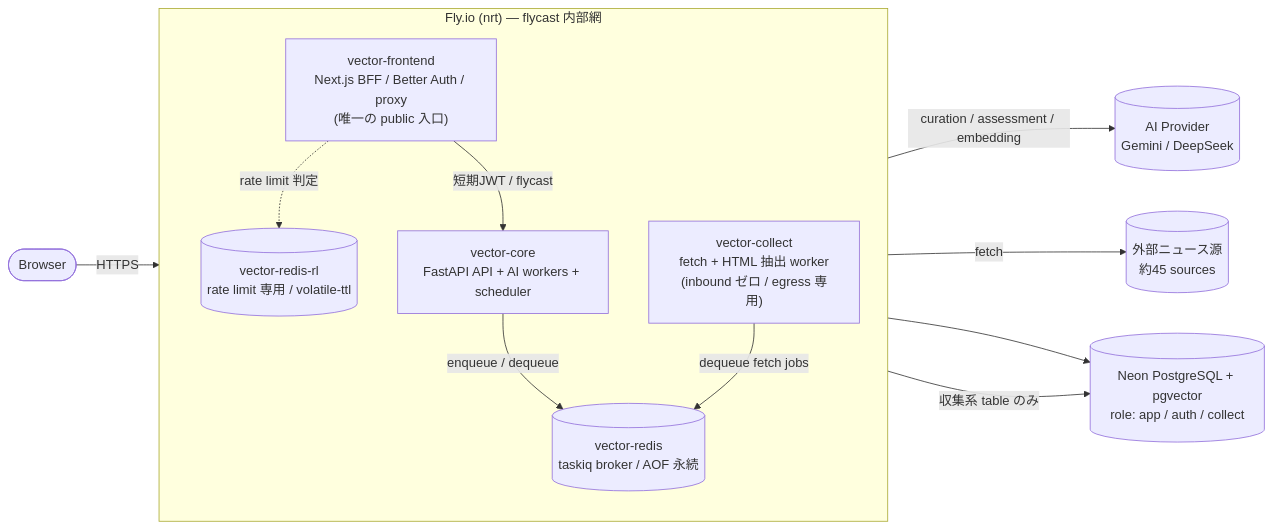
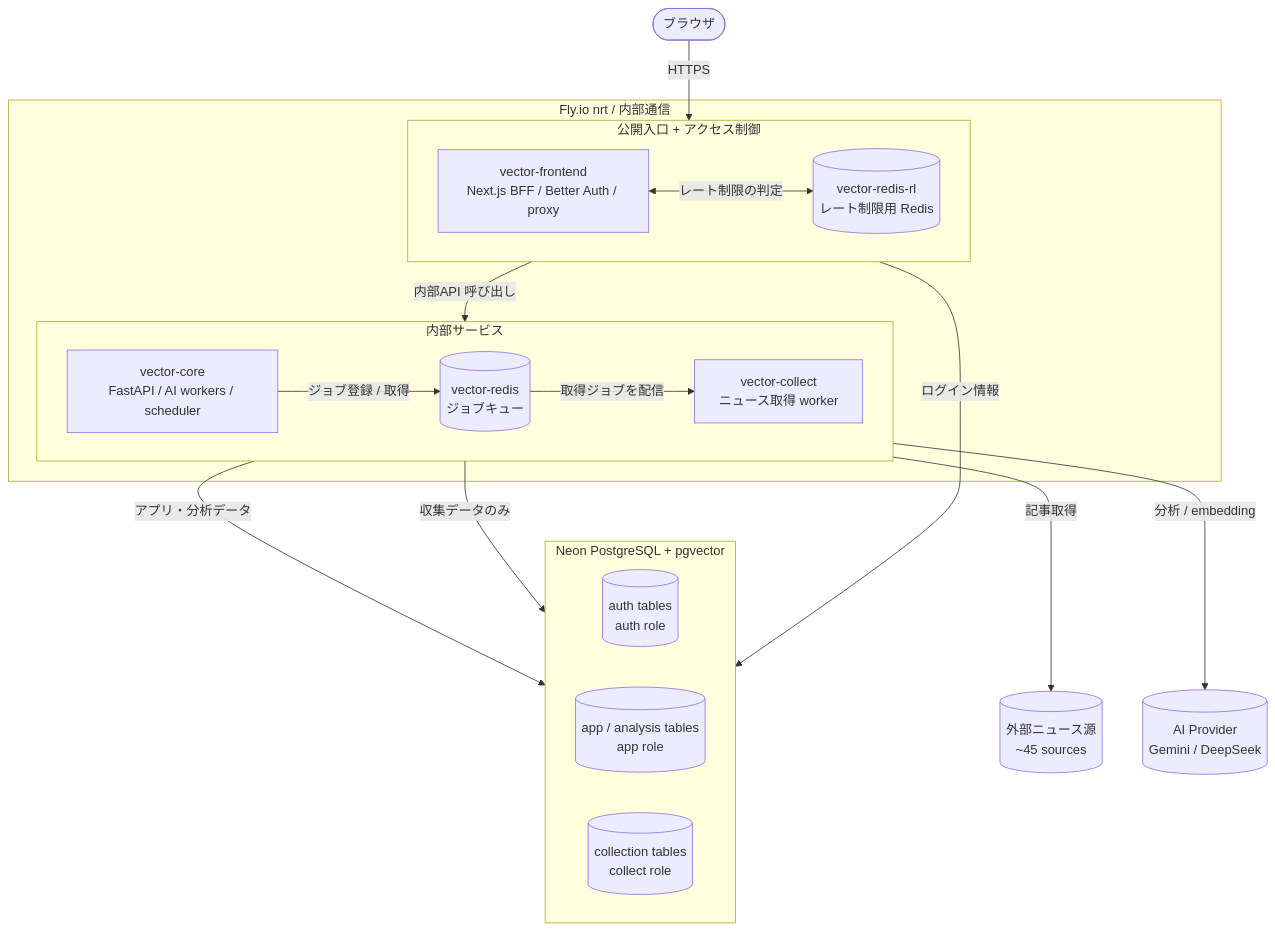
One commit to yook11/Vector changed the diagram in docs/architecture.md. Above: the diagram before and after it, drawn with Mermaid. The commit also changed other lines of this file and 35 other files, not shown here.

````diff
--- a/docs/architecture.md
+++ b/docs/architecture.md
@@ -38,27 +52,41 @@
 ```mermaid
-flowchart LR
-    Browser([Browser])
+flowchart TB
+    Browser([ブラウザ])
 
-    subgraph Fly["Fly.io (nrt) — flycast 内部網"]
-        direction TB
-        FE["vector-frontend<br/>Next.js BFF / Better Auth / proxy<br/>(唯一の public 入口)"]
-        RL[("vector-redis-rl<br/>rate limit 専用 / volatile-ttl")]
-        CORE["vector-core<br/>FastAPI API + AI workers + scheduler"]
-        BROKER[("vector-redis<br/>taskiq broker / AOF 永続")]
-        COLLECT["vector-collect<br/>fetch + HTML 抽出 worker<br/>(inbound ゼロ / egress 専用)"]
+    subgraph Fly["Fly.io nrt / 内部通信"]
+        subgraph Edge["公開入口 + アクセス制御"]
+            direction LR
+            FE["vector-frontend<br/>Next.js BFF / Better Auth / proxy"]
+            RL[("vector-redis-rl<br/>レート制限用 Redis")]
+            FE <-->|レート制限の判定| RL
+        end
+        subgraph Internal["内部サービス"]
+            direction LR
+            CORE["vector-core<br/>FastAPI / AI workers / scheduler"]
+            BROKER[("vector-redis<br/>ジョブキュー")]
+            COLLECT["vector-collect<br/>ニュース取得 worker"]
+            CORE -->|ジョブ登録 / 取得| BROKER
+            BROKER -->|取得ジョブを配信| COLLECT
+        end
     end
 
-    News[("外部ニュース源<br/>約45 sources")]
+    subgraph Neon["Neon PostgreSQL + pgvector"]
+        direction LR
+        AUTH_DB[("auth tables<br/>auth role")]
+        APP_DB[("app / analysis tables<br/>app role")]
+        COLLECT_DB[("collection tables<br/>collect role")]
+    end
+
+    News[("外部ニュース源<br/>~45 sources")]
     AI[("AI Provider<br/>Gemini / DeepSeek")]
-    DB[("Neon PostgreSQL + pgvector<br/>role: app / auth / collect")]
 
     Browser -->|HTTPS| FE
-    FE -.->|rate limit 判定| RL
-    FE -->|短期JWT / flycast| CORE
-    CORE -->|enqueue / dequeue| BROKER
-    COLLECT -->|dequeue fetch jobs| BROKER
-    CORE -->|curation / assessment / embedding| AI
-    COLLECT -->|fetch| News
-    CORE --> DB
-    COLLECT -->|収集系 table のみ| DB
+    FE -->|内部API 呼び出し| CORE
+
+    FE -->|ログイン情報| AUTH_DB
+    CORE -->|アプリ・分析データ| APP_DB
+    COLLECT -->|収集データのみ| COLLECT_DB
+
+    COLLECT -->|記事取得| News
+    CORE -->|分析 / embedding| AI
 ```
````
